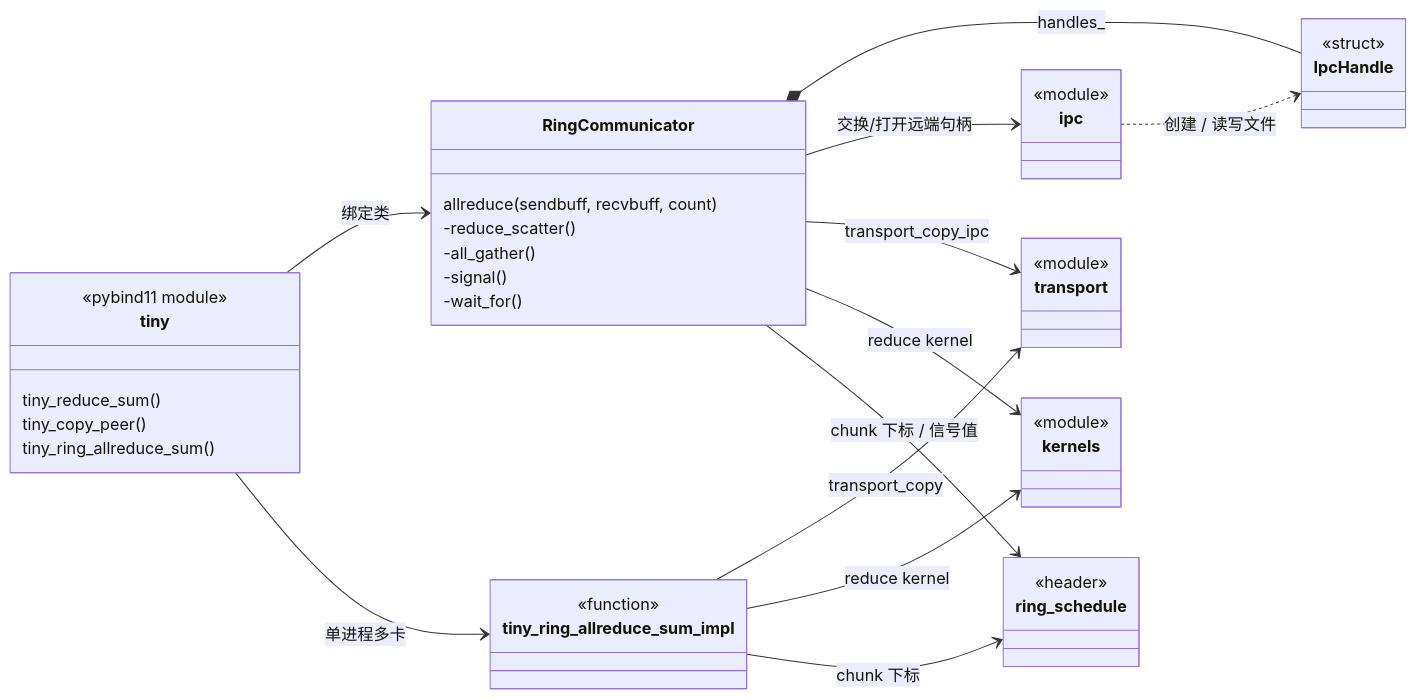
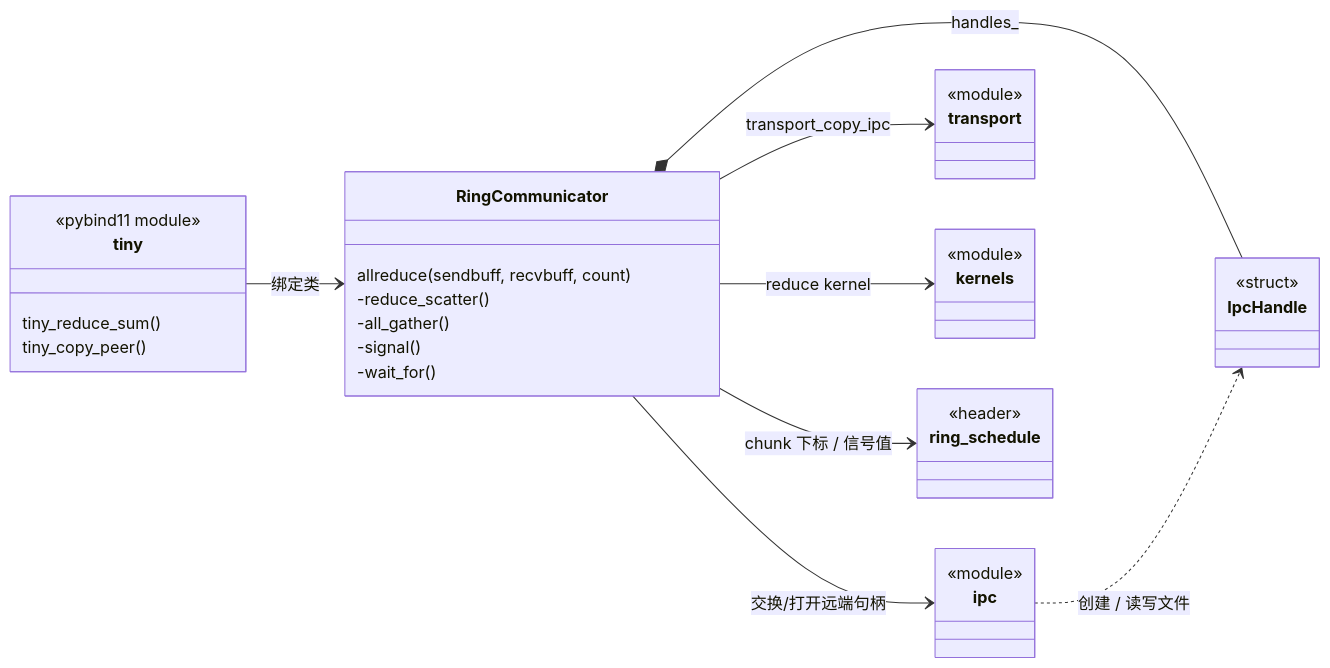
The diagram in docs/tinynccl.md (BV003/TinyNCCL), drawn with Mermaid before and after one commit. The commit also changed other lines of this file and 7 other files, not shown here.

First line of the commit message:
Remove single-process multi-GPU ring allreduce

````diff
--- a/docs/tinynccl.md
+++ b/docs/tinynccl.md
@@ -330,51 +300,42 @@
 ```mermaid
 classDiagram
     direction LR
 
     class tiny {
         <<pybind11 module>>
         tiny_reduce_sum()
         tiny_copy_peer()
-        tiny_ring_allreduce_sum()
     }
     class RingCommunicator {
         allreduce(sendbuff, recvbuff, count)
         -reduce_scatter()
         -all_gather()
         -signal()
         -wait_for()
-    }
-    class tiny_ring_allreduce_sum_impl {
-        <<function>>
     }
     class IpcHandle {
         <<struct>>
     }
     class ipc {
         <<module>>
     }
     class transport {
         <<module>>
     }
     class kernels {
         <<module>>
     }
     class ring_schedule {
         <<header>>
     }
 
     tiny --> RingCommunicator : 绑定类
-    tiny --> tiny_ring_allreduce_sum_impl : 单进程多卡
 
     RingCommunicator *-- IpcHandle : handles_
     RingCommunicator --> ipc : 交换/打开远端句柄
     RingCommunicator --> transport : transport_copy_ipc
     RingCommunicator --> kernels : reduce kernel
     RingCommunicator --> ring_schedule : chunk 下标 / 信号值
 
-    tiny_ring_allreduce_sum_impl --> transport : transport_copy
-    tiny_ring_allreduce_sum_impl --> kernels : reduce kernel
-    tiny_ring_allreduce_sum_impl --> ring_schedule : chunk 下标
-
     ipc ..> IpcHandle : 创建 / 读写文件
 ```
````
